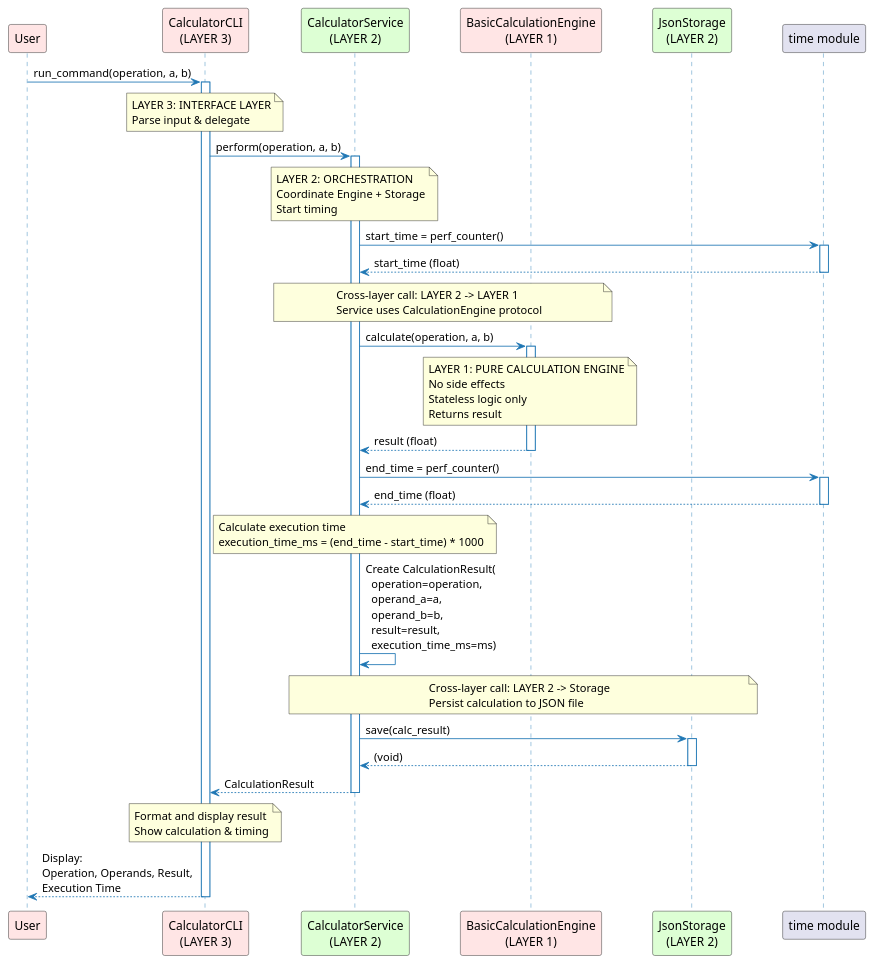
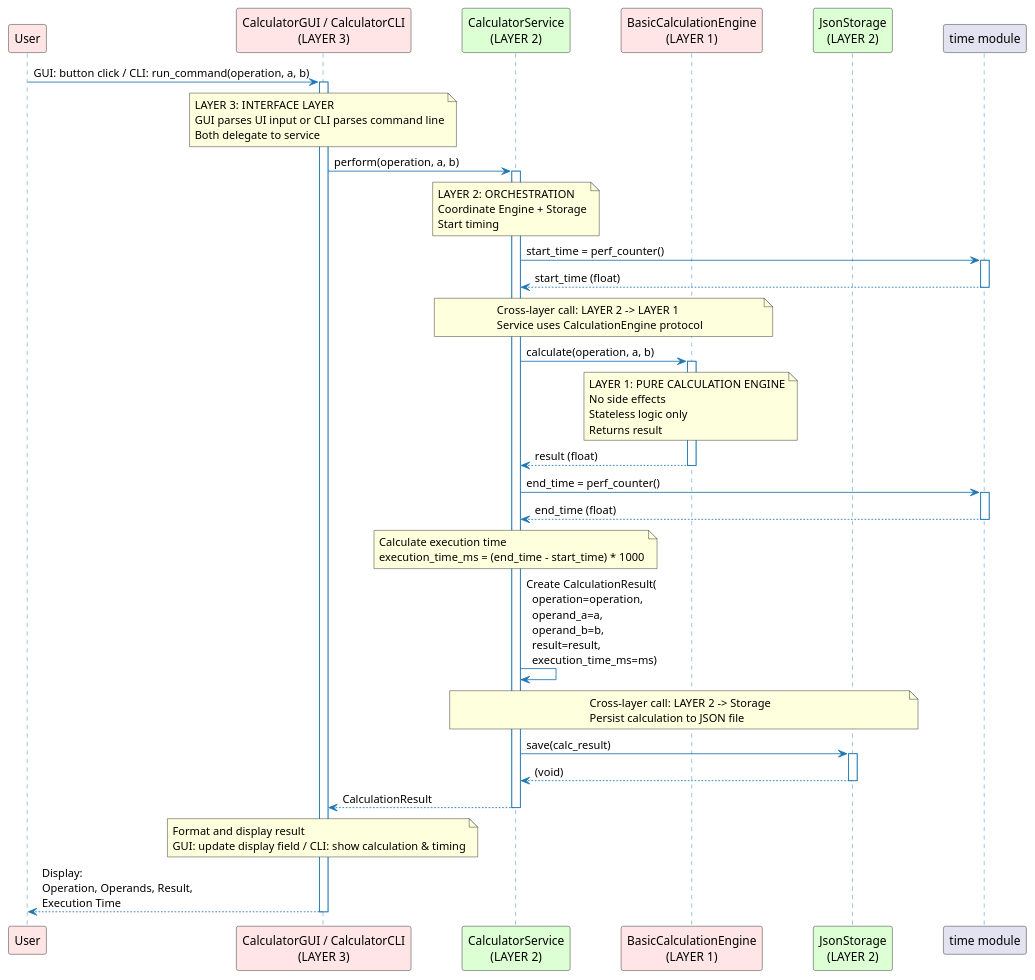
One commit to DanielRiha8906/Software_autoevolution_using_agents changed the diagram in experiments/broadcast/test_driven/calculator/artifacts/sequence_diagram_perform.puml. Above: the diagram before and after it, drawn with PlantUML. The commit also changed 10 other files, not shown here.

```diff
--- a/experiments/broadcast/test_driven/calculator/artifacts/sequence_diagram_perform.puml
+++ b/experiments/broadcast/test_driven/calculator/artifacts/sequence_diagram_perform.puml
@@ -1,90 +1,91 @@
 @startuml sequence_diagram_perform
 
 skinparam sequenceParticipantPadding 25
 skinparam sequenceActorBorderColor #1F77B4
 skinparam sequenceLifeLineBorderColor #1F77B4
 skinparam sequenceArrowColor #1F77B4
 skinparam noteBkgColor #FFFFCC
 
 ' Participants grouped by layer
 participant "User" as User #FFE5E5
-participant "CalculatorCLI\n(LAYER 3)" as CLI #FFE5E5
+participant "CalculatorGUI / CalculatorCLI\n(LAYER 3)" as Interface #FFE5E5
 participant "CalculatorService\n(LAYER 2)" as Service #DDFFD4
 participant "BasicCalculationEngine\n(LAYER 1)" as Engine #FFE5E5
 participant "JsonStorage\n(LAYER 2)" as Storage #DDFFD4
 participant "time module" as Time
 
-User -> CLI: run_command(operation, a, b)
-activate CLI
+User -> Interface: GUI: button click / CLI: run_command(operation, a, b)
+activate Interface
 
-note over CLI
+note over Interface
   LAYER 3: INTERFACE LAYER
-  Parse input & delegate
+  GUI parses UI input or CLI parses command line
+  Both delegate to service
 end note
 
-CLI -> Service: perform(operation, a, b)
+Interface -> Service: perform(operation, a, b)
 activate Service
 
 note over Service
   LAYER 2: ORCHESTRATION
   Coordinate Engine + Storage
   Start timing
 end note
 
 Service -> Time: start_time = perf_counter()
 activate Time
 Time --> Service: start_time (float)
 deactivate Time
 
 note over Service, Engine
   Cross-layer call: LAYER 2 -> LAYER 1
   Service uses CalculationEngine protocol
 end note
 
 Service -> Engine: calculate(operation, a, b)
 activate Engine
 
 note over Engine
   LAYER 1: PURE CALCULATION ENGINE
   No side effects
   Stateless logic only
   Returns result
 end note
 
 Engine --> Service: result (float)
 deactivate Engine
 
 Service -> Time: end_time = perf_counter()
 activate Time
 Time --> Service: end_time (float)
 deactivate Time
 
 note over Service
   Calculate execution time
   execution_time_ms = (end_time - start_time) * 1000
 end note
 
 Service -> Service: Create CalculationResult(\n  operation=operation,\n  operand_a=a,\n  operand_b=b,\n  result=result,\n  execution_time_ms=ms)
 
 note over Service, Storage
   Cross-layer call: LAYER 2 -> Storage
   Persist calculation to JSON file
 end note
 
 Service -> Storage: save(calc_result)
 activate Storage
 Storage --> Service: (void)
 deactivate Storage
 
-Service --> CLI: CalculationResult
+Service --> Interface: CalculationResult
 deactivate Service
 
-note over CLI
+note over Interface
   Format and display result
-  Show calculation & timing
+  GUI: update display field / CLI: show calculation & timing
 end note
 
-CLI --> User: Display:\nOperation, Operands, Result,\nExecution Time
-deactivate CLI
+Interface --> User: Display:\nOperation, Operands, Result,\nExecution Time
+deactivate Interface
 
 @enduml
```
